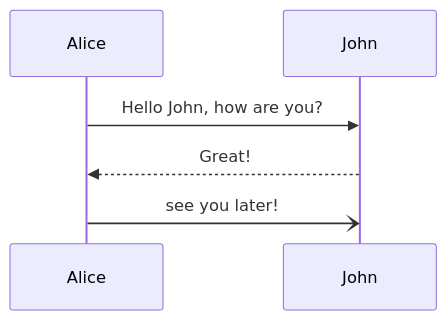
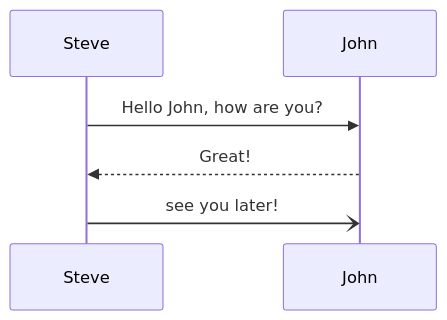
The second of 5 diagrams in README.md (johnemersonatdoshii/learning-mermaid), drawn with Mermaid before and after one commit. The commit also changed other lines of this file, not shown here.

Commit message:
Fix sequence diagram

````diff
--- a/README.md
+++ b/README.md
@@ -18,6 +18,6 @@
 ```mermaid
 sequenceDiagram
-    Alice->>John: Hello John, how are you?
-    John-->>Alice: Great!
-    Alice-)John: see you later!
+    Steve->>John: Hello John, how are you?
+    John-->>Steve: Great!
+    Steve-)John: see you later!
 ```
````
